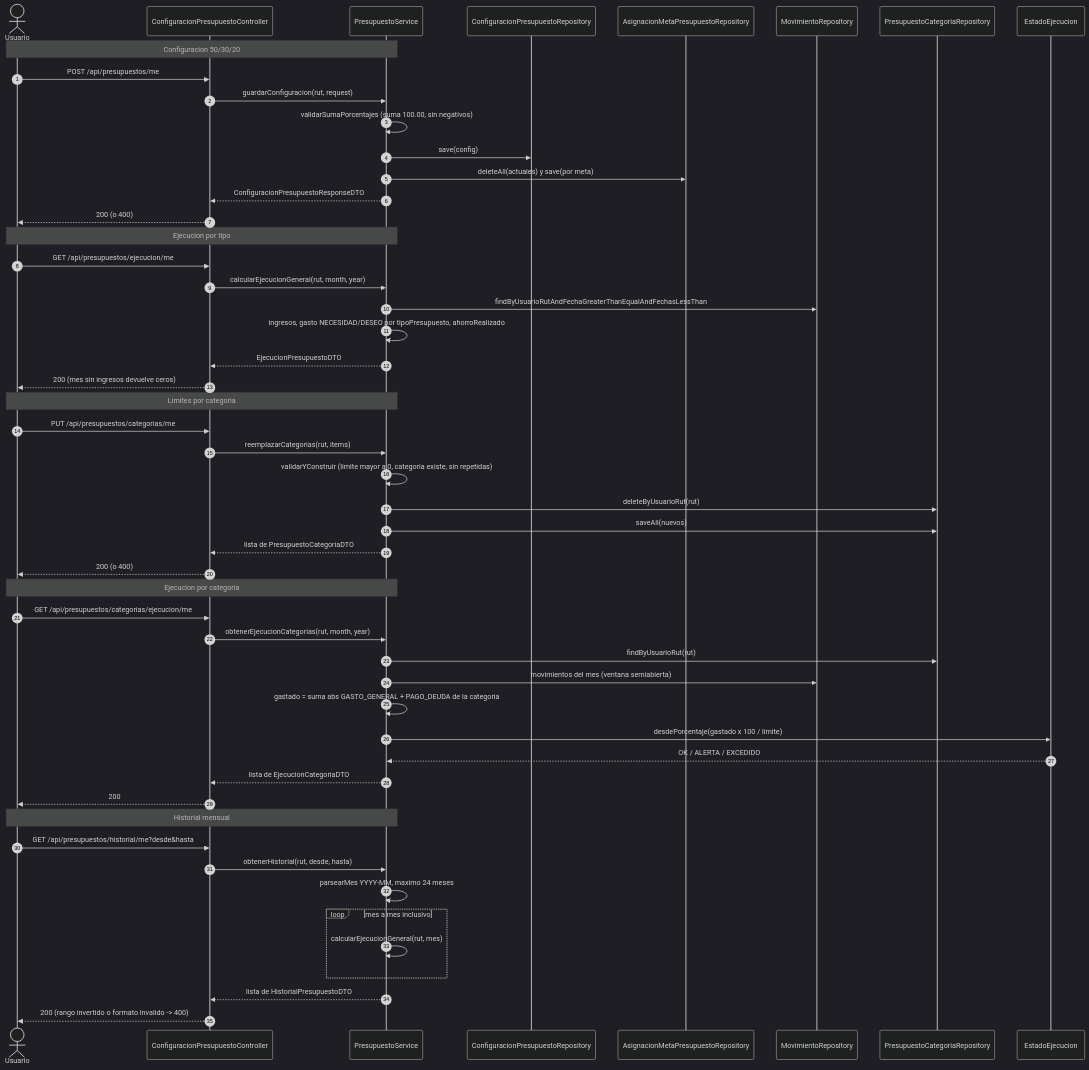
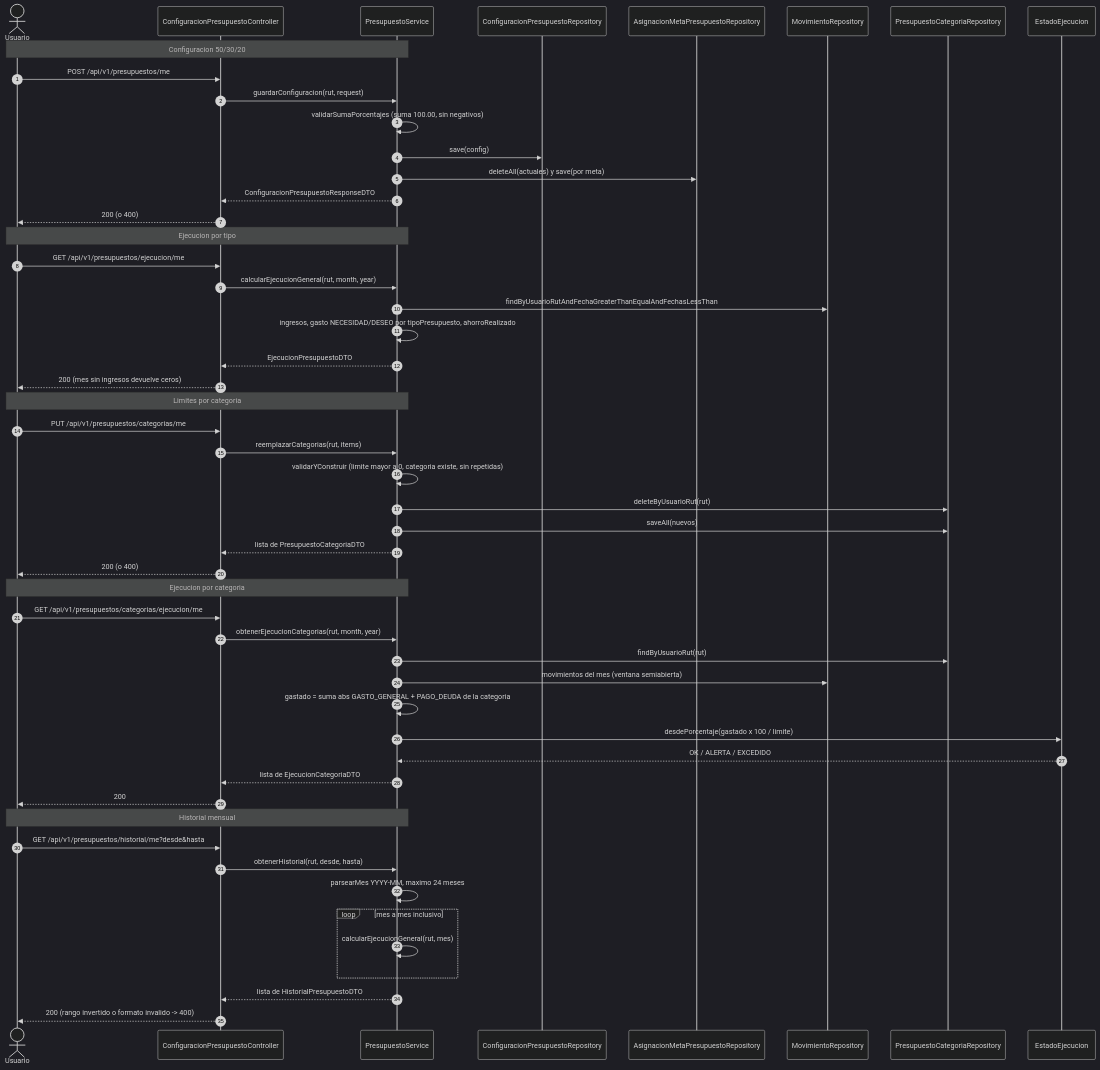
One commit to ItsMilkey/LITE changed the diagram in docs/diagramas/13-flujo-presupuesto.md. Above: the diagram before and after it, drawn with Mermaid (dark theme). The commit also changed 95 other files, not shown here.

````diff
--- a/docs/diagramas/13-flujo-presupuesto.md
+++ b/docs/diagramas/13-flujo-presupuesto.md
@@ -17,59 +17,59 @@
 ```mermaid
 sequenceDiagram
     autonumber
     actor U as Usuario
     participant C as ConfiguracionPresupuestoController
     participant P as PresupuestoService
     participant CR as ConfiguracionPresupuestoRepository
     participant AR as AsignacionMetaPresupuestoRepository
     participant MR as MovimientoRepository
     participant PCR as PresupuestoCategoriaRepository
     participant EE as EstadoEjecucion
 
     Note over U,P: Configuracion 50/30/20
-    U->>C: POST /api/presupuestos/me
+    U->>C: POST /api/v1/presupuestos/me
     C->>P: guardarConfiguracion(rut, request)
     P->>P: validarSumaPorcentajes (suma 100.00, sin negativos)
     P->>CR: save(config)
     P->>AR: deleteAll(actuales) y save(por meta)
     P-->>C: ConfiguracionPresupuestoResponseDTO
     C-->>U: 200 (o 400)
 
     Note over U,P: Ejecucion por tipo
-    U->>C: GET /api/presupuestos/ejecucion/me
+    U->>C: GET /api/v1/presupuestos/ejecucion/me
     C->>P: calcularEjecucionGeneral(rut, month, year)
     P->>MR: findByUsuarioRutAndFechaGreaterThanEqualAndFechasLessThan
     P->>P: ingresos, gasto NECESIDAD/DESEO por tipoPresupuesto, ahorroRealizado
     P-->>C: EjecucionPresupuestoDTO
     C-->>U: 200 (mes sin ingresos devuelve ceros)
 
     Note over U,P: Limites por categoria
-    U->>C: PUT /api/presupuestos/categorias/me
+    U->>C: PUT /api/v1/presupuestos/categorias/me
     C->>P: reemplazarCategorias(rut, items)
     P->>P: validarYConstruir (limite mayor a 0, categoria existe, sin repetidas)
     P->>PCR: deleteByUsuarioRut(rut)
     P->>PCR: saveAll(nuevos)
     P-->>C: lista de PresupuestoCategoriaDTO
     C-->>U: 200 (o 400)
 
     Note over U,P: Ejecucion por categoria
-    U->>C: GET /api/presupuestos/categorias/ejecucion/me
+    U->>C: GET /api/v1/presupuestos/categorias/ejecucion/me
     C->>P: obtenerEjecucionCategorias(rut, month, year)
     P->>PCR: findByUsuarioRut(rut)
     P->>MR: movimientos del mes (ventana semiabierta)
     P->>P: gastado = suma abs GASTO_GENERAL + PAGO_DEUDA de la categoria
     P->>EE: desdePorcentaje(gastado x 100 / limite)
     EE-->>P: OK / ALERTA / EXCEDIDO
     P-->>C: lista de EjecucionCategoriaDTO
     C-->>U: 200
 
     Note over U,P: Historial mensual
-    U->>C: GET /api/presupuestos/historial/me?desde&hasta
+    U->>C: GET /api/v1/presupuestos/historial/me?desde&hasta
     C->>P: obtenerHistorial(rut, desde, hasta)
     P->>P: parsearMes YYYY-MM, maximo 24 meses
     loop mes a mes inclusivo
         P->>P: calcularEjecucionGeneral(rut, mes)
     end
     P-->>C: lista de HistorialPresupuestoDTO
     C-->>U: 200 (rango invertido o formato invalido -> 400)
 ```
````
